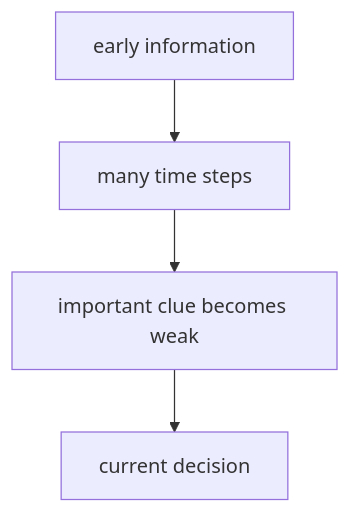
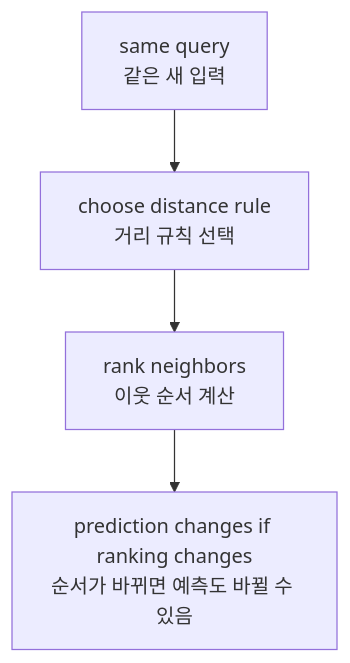
One commit to devchan64/AiBook changed the first of 2 diagrams in docs/parts/part-04/chapter-12/section-02.md. Above: the diagram before and after it, drawn with Mermaid. The commit also changed other lines of this file and 213 other files, not shown here.

````diff
--- a/docs/parts/part-04/chapter-12/section-02.md
+++ b/docs/parts/part-04/chapter-12/section-02.md
@@ -186,11 +85,9 @@
 ```mermaid
 flowchart TD
-  A["early information"]
-  B["many time steps"]
-  C["important clue becomes weak"]
-  D["current decision"]
+  A["same query<br/>같은 새 입력"]
+  B["choose distance rule<br/>거리 규칙 선택"]
+  C["rank neighbors<br/>이웃 순서 계산"]
+  D["prediction changes if ranking changes<br/>순서가 바뀌면 예측도 바뀔 수 있음"]
 
-  A --> B
-  B --> C
-  C --> D
+  A --> B --> C --> D
 ```
````
